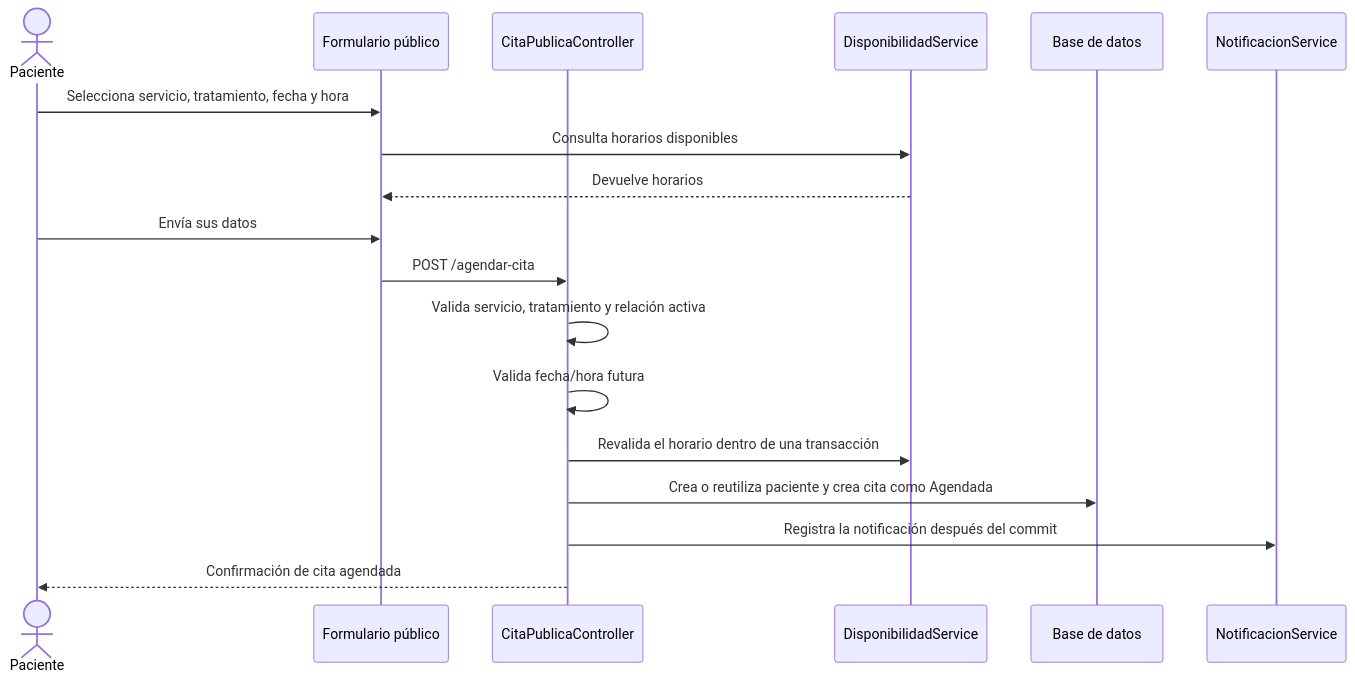
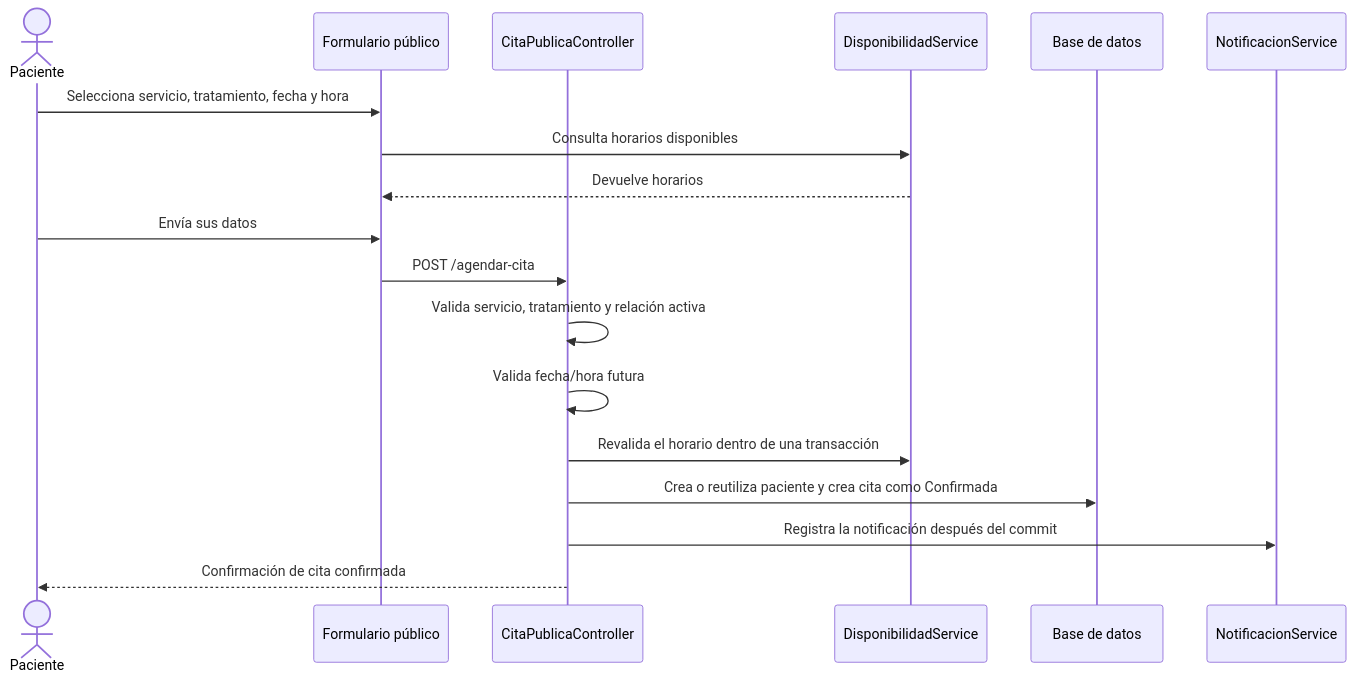
One commit to QuetzalTwT119/dentissa changed the second of 4 diagrams in docs/DIAGRAMAS-FLUJOS.md. Above: the diagram before and after it, drawn with Mermaid. The commit also changed other lines of this file and 75 other files, not shown here.

````diff
--- a/docs/DIAGRAMAS-FLUJOS.md
+++ b/docs/DIAGRAMAS-FLUJOS.md
@@ -26,21 +26,21 @@
 ```mermaid
 sequenceDiagram
     actor P as Paciente
     participant V as Formulario público
     participant C as CitaPublicaController
     participant D as DisponibilidadService
     participant DB as Base de datos
     participant N as NotificacionService
 
     P->>V: Selecciona servicio, tratamiento, fecha y hora
     V->>D: Consulta horarios disponibles
     D-->>V: Devuelve horarios
     P->>V: Envía sus datos
     V->>C: POST /agendar-cita
     C->>C: Valida servicio, tratamiento y relación activa
     C->>C: Valida fecha/hora futura
     C->>D: Revalida el horario dentro de una transacción
-    C->>DB: Crea o reutiliza paciente y crea cita como Agendada
+    C->>DB: Crea o reutiliza paciente y crea cita como Confirmada
     C->>N: Registra la notificación después del commit
-    C-->>P: Confirmación de cita agendada
+    C-->>P: Confirmación de cita confirmada
 ```
````
